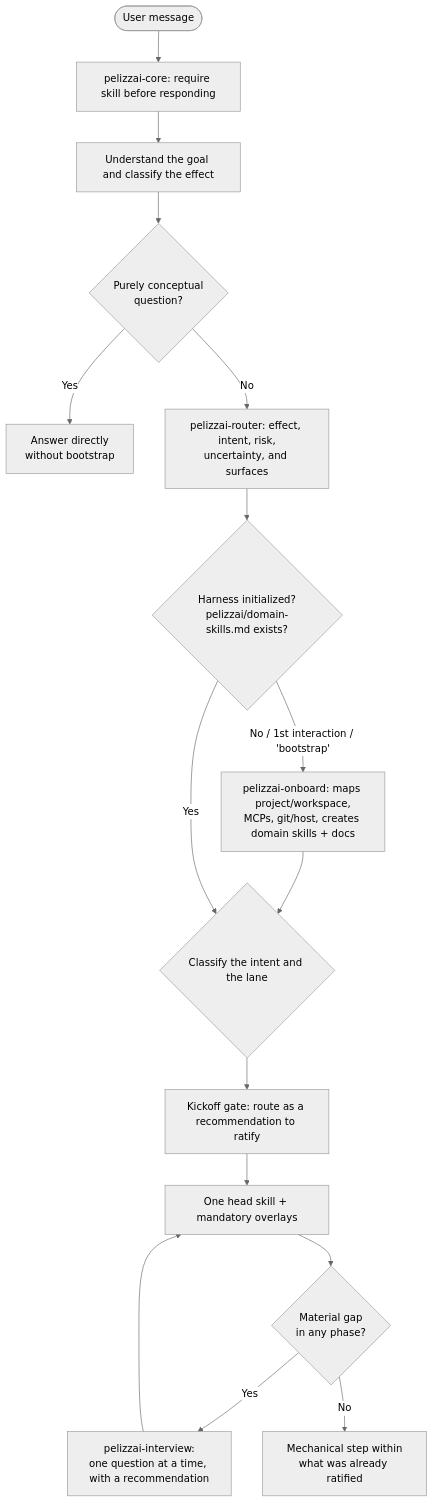
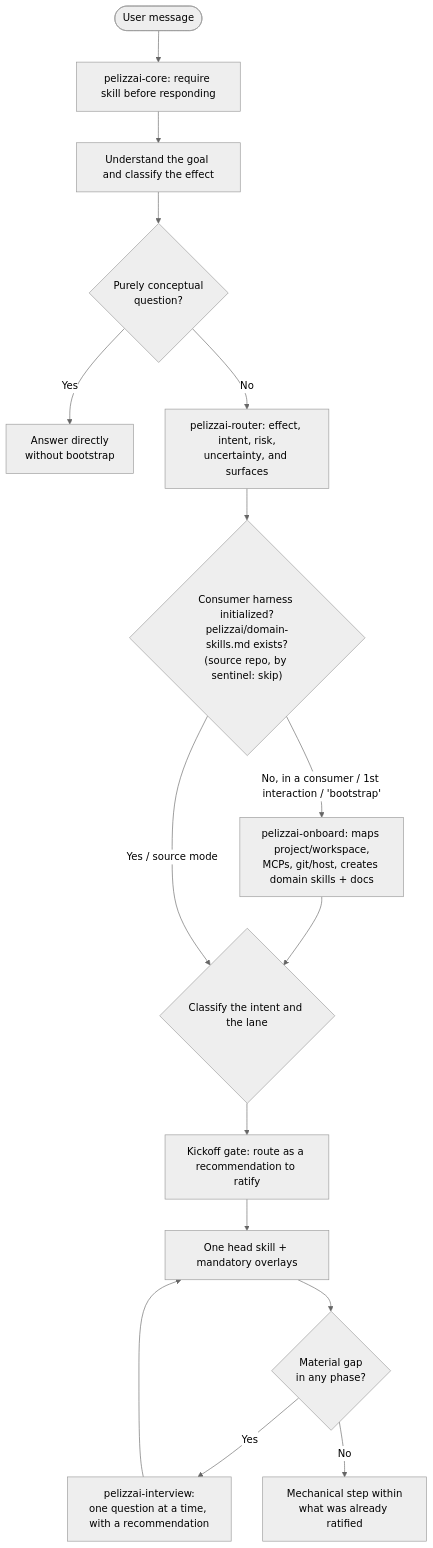
The diagram in dist/.claude/skills/pelizzai-core/SKILL.md (rpelizza/PelizzAI), drawn with Mermaid (neutral theme) before and after one commit. The commit also changed 177 other files, not shown here.

````diff
--- a/dist/.claude/skills/pelizzai-core/SKILL.md
+++ b/dist/.claude/skills/pelizzai-core/SKILL.md
@@ -190,18 +190,18 @@
 ```mermaid
 flowchart TD
     U(["User message"]) --> P["pelizzai-core: require skill before responding"]
     P --> G["Understand the goal and classify the effect"]
     G --> CONC{"Purely conceptual<br/>question?"}
     CONC -- "Yes" --> ANSC["Answer directly<br/>without bootstrap"]
     CONC -- "No" --> RT["pelizzai-router: effect, intent, risk,<br/>uncertainty, and surfaces"]
-    RT --> BOOT{"Harness initialized?<br/>pelizzai/domain-skills.md exists?"}
-    BOOT -- "No / 1st interaction / 'bootstrap'" --> AUD["pelizzai-onboard: maps project/workspace,<br/>MCPs, git/host, creates domain skills + docs"]
+    RT --> BOOT{"Consumer harness initialized?<br/>pelizzai/domain-skills.md exists?<br/>(source repo, by sentinel: skip)"}
+    BOOT -- "No, in a consumer / 1st interaction / 'bootstrap'" --> AUD["pelizzai-onboard: maps project/workspace,<br/>MCPs, git/host, creates domain skills + docs"]
     AUD --> CLS
-    BOOT -- "Yes" --> CLS{"Classify the intent and the lane"}
+    BOOT -- "Yes / source mode" --> CLS{"Classify the intent and the lane"}
     CLS --> KICK["Kickoff gate: route as a recommendation to ratify"]
     KICK --> HEAD["One head skill + mandatory overlays"]
     HEAD --> GAP{"Material gap<br/>in any phase?"}
     GAP -- "Yes" --> IV["pelizzai-interview:<br/>one question at a time, with a recommendation"]
     IV --> HEAD
     GAP -- "No" --> GO["Mechanical step within<br/>what was already ratified"]
 ```
````
